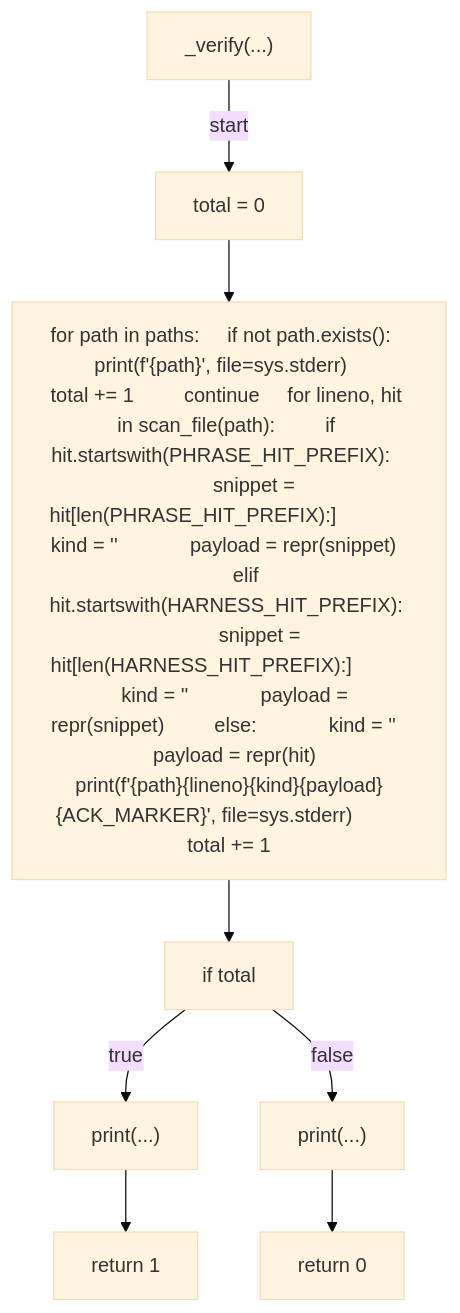
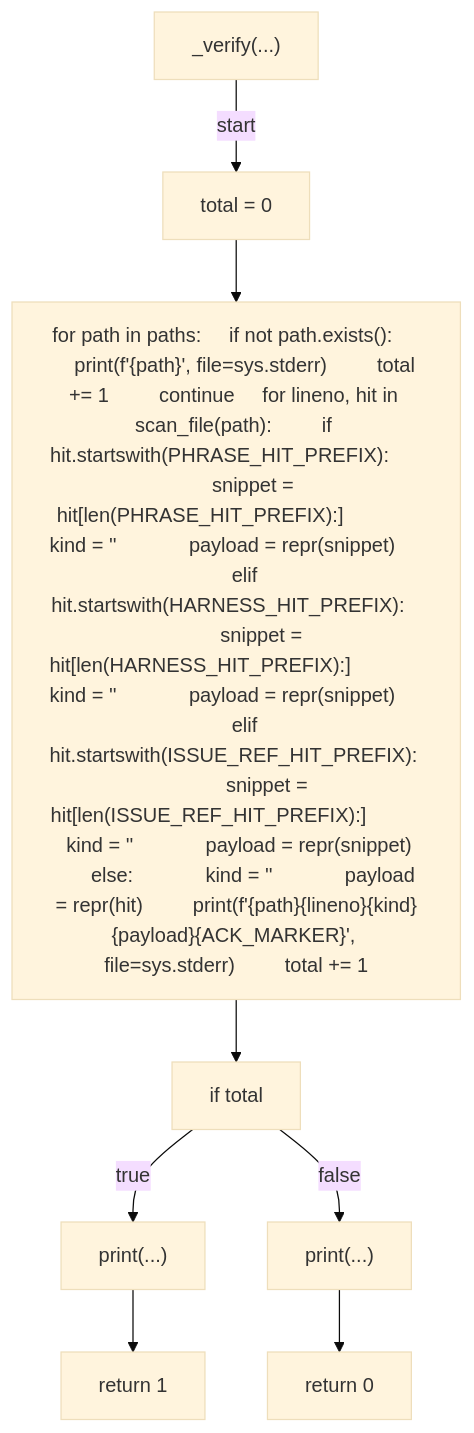
The fourth of 6 diagrams in docs/generated/scripts/ast/scan_apm_portability.md (tvna/claude-md), drawn with Mermaid (base theme) before and after one commit. The commit also changed other lines of this file, not shown here.

First line of the commit message:
docs(generated): regenerate decision tree and workflow diagrams (#2523)

````diff
--- a/docs/generated/scripts/ast/scan_apm_portability.md
+++ b/docs/generated/scripts/ast/scan_apm_portability.md
@@ -48,18 +52,18 @@
 ```mermaid
 flowchart TD
     N001["_verify(...)"]
     N002["total = 0"]
-    N003["for path in paths:     if not path.exists():         print(f'<str>{path}', file=sys.stderr)         total += 1         continue     for lineno, hit in scan_file(path):         if hit.startswith(PHRASE_HIT_PREFIX):             snippet = hit[len(PHRASE_HIT_PREFIX):]             kind = '<str>'             payload = repr(snippet)         elif hit.startswith(HARNESS_HIT_PREFIX):             snippet = hit[len(HARNESS_HIT_PREFIX):]             kind = '<str>'             payload = repr(snippet)         else:             kind = '<str>'             payload = repr(hit)         print(f'<str>{path}<str>{lineno}<str>{kind}<str>{payload}<str>{ACK_MARKER}<str>', file=sys.stderr)         total += 1"]
+    N003["for path in paths:     if not path.exists():         print(f'<str>{path}', file=sys.stderr)         total += 1         continue     for lineno, hit in scan_file(path):         if hit.startswith(PHRASE_HIT_PREFIX):             snippet = hit[len(PHRASE_HIT_PREFIX):]             kind = '<str>'             payload = repr(snippet)         elif hit.startswith(HARNESS_HIT_PREFIX):             snippet = hit[len(HARNESS_HIT_PREFIX):]             kind = '<str>'             payload = repr(snippet)         elif hit.startswith(ISSUE_REF_HIT_PREFIX):             snippet = hit[len(ISSUE_REF_HIT_PREFIX):]             kind = '<str>'             payload = repr(snippet)         else:             kind = '<str>'             payload = repr(hit)         print(f'<str>{path}<str>{lineno}<str>{kind}<str>{payload}<str>{ACK_MARKER}<str>', file=sys.stderr)         total += 1"]
     N004["if total"]
     N005["print(...)"]
     N006["return 1"]
     N007["print(...)"]
     N008["return 0"]
     N001 -->|"start"| N002
     N002 --> N003
     N003 --> N004
     N004 -->|"true"| N005
     N005 --> N006
     N004 -->|"false"| N007
     N007 --> N008
 ```
````
